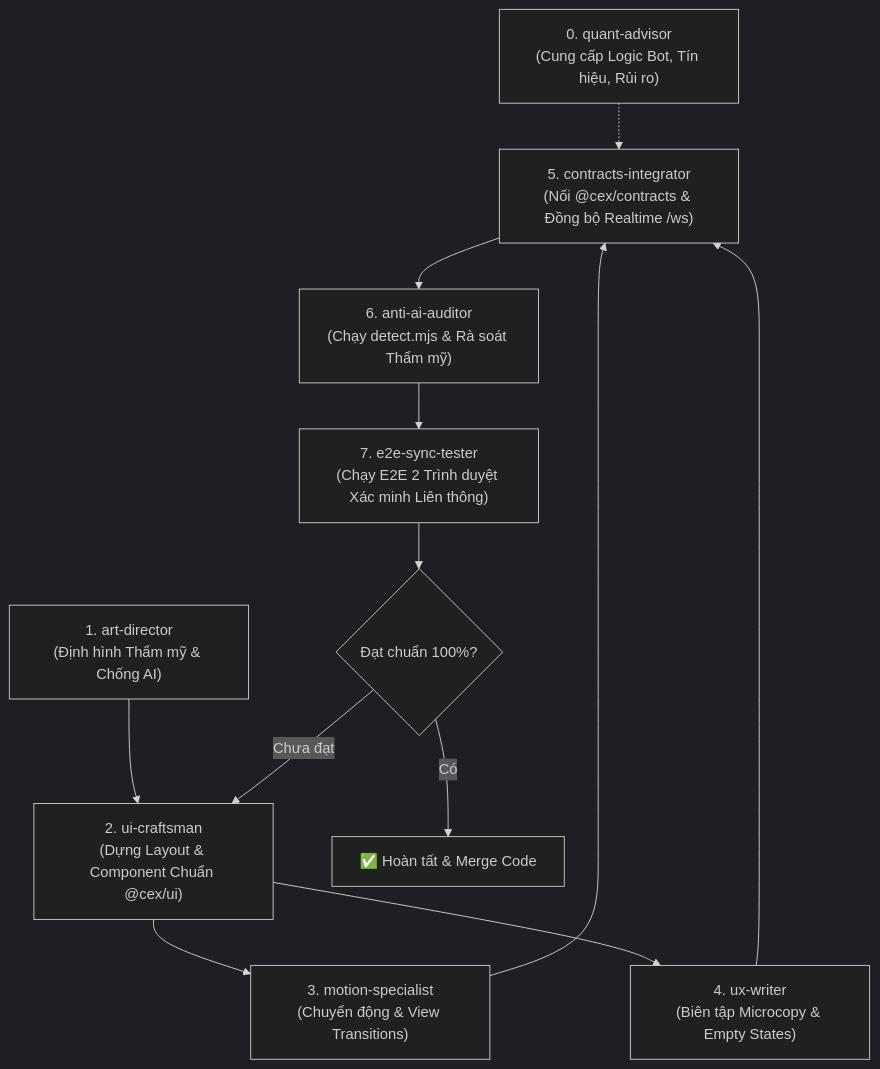
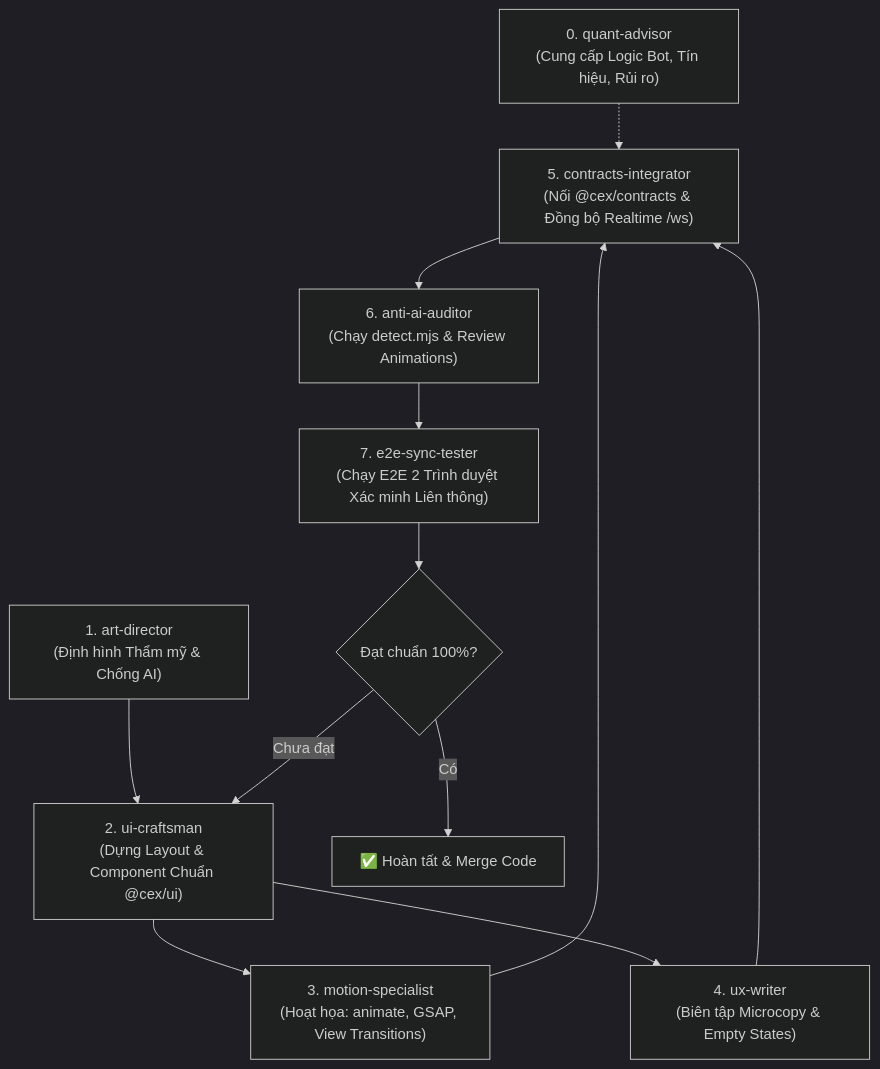
One commit to nttunggzzz/s-n-crypto changed the diagram in AGENTS.md. Above: the diagram before and after it, drawn with Mermaid (dark theme). The commit also changed other lines of this file and 25 other files, not shown here.

````diff
--- a/AGENTS.md
+++ b/AGENTS.md
@@ -51,13 +61,13 @@
 ```mermaid
 flowchart TD
     Q["0. quant-advisor<br/>(Cung cấp Logic Bot, Tín hiệu, Rủi ro)"] -.-> E
     A["1. art-director<br/>(Định hình Thẩm mỹ & Chống AI)"] --> B["2. ui-craftsman<br/>(Dựng Layout & Component Chuẩn @cex/ui)"]
-    B --> C["3. motion-specialist<br/>(Chuyển động & View Transitions)"]
+    B --> C["3. motion-specialist<br/>(Hoạt họa: animate, GSAP, View Transitions)"]
     B --> D["4. ux-writer<br/>(Biên tập Microcopy & Empty States)"]
     C & D --> E["5. contracts-integrator<br/>(Nối @cex/contracts & Đồng bộ Realtime /ws)"]
-    E --> F["6. anti-ai-auditor<br/>(Chạy detect.mjs & Rà soát Thẩm mỹ)"]
+    E --> F["6. anti-ai-auditor<br/>(Chạy detect.mjs & Review Animations)"]
     F --> G["7. e2e-sync-tester<br/>(Chạy E2E 2 Trình duyệt Xác minh Liên thông)"]
     G --> H{"Đạt chuẩn 100%?"}
     H -->|Có| I["✅ Hoàn tất & Merge Code"]
     H -->|Chưa đạt| B
 ```
````
